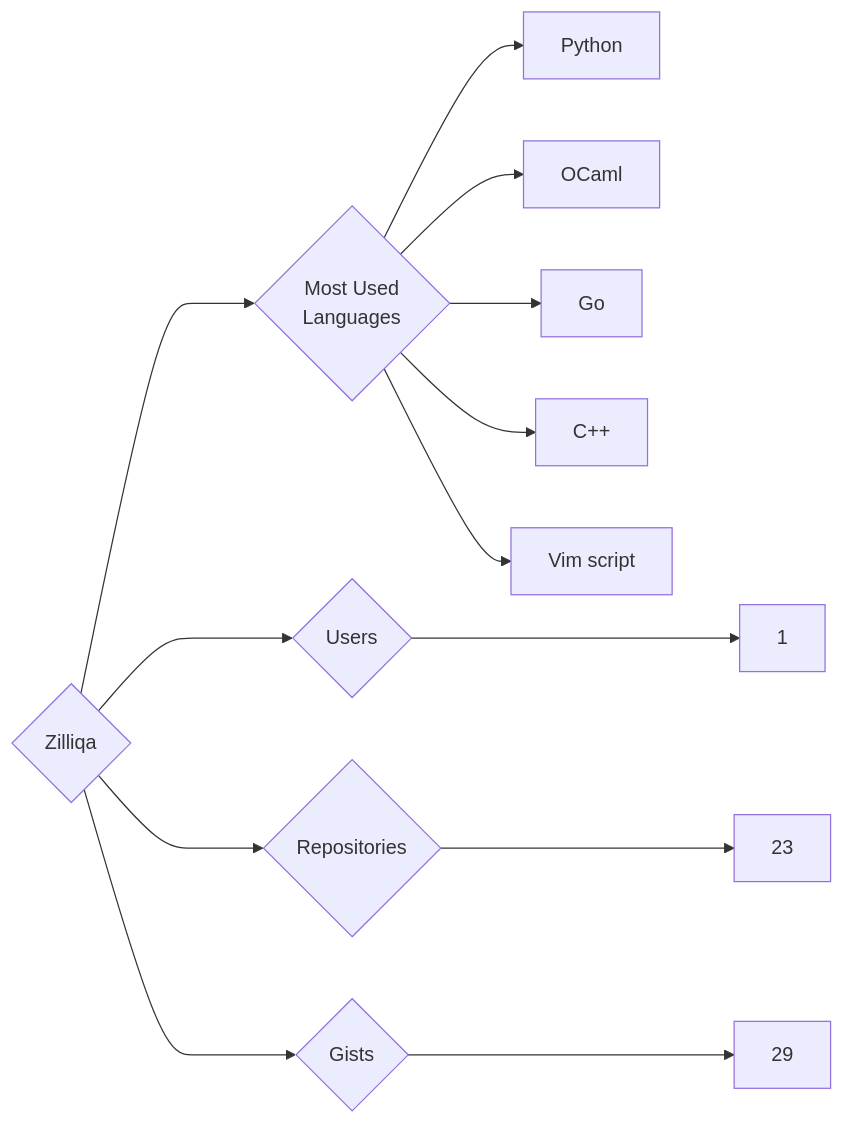
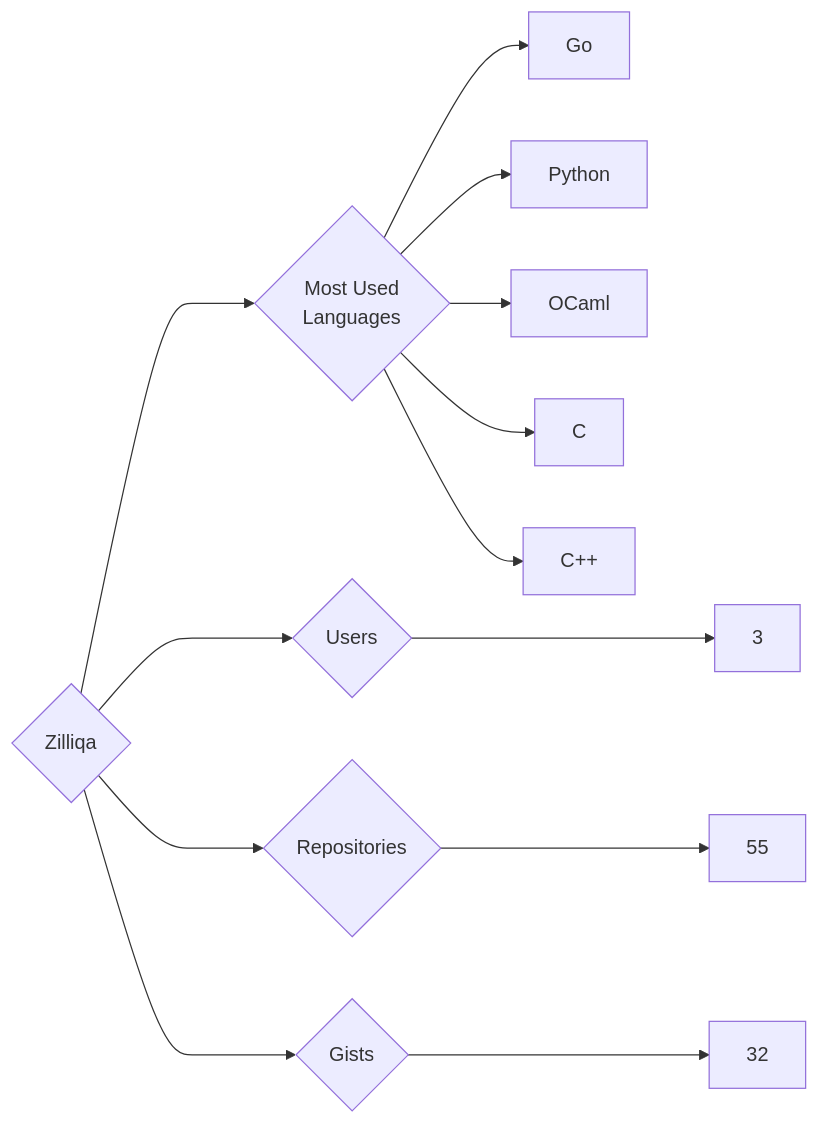
The diagram in targets/Zilliqa/README.md (trickest/insiders), drawn with Mermaid before and after one commit. The commit also changed 799 other files, not shown here.

````diff
--- a/targets/Zilliqa/README.md
+++ b/targets/Zilliqa/README.md
@@ -3,13 +3,13 @@
 ```mermaid
 graph LR
 COMPANY_NAME{Zilliqa}
-COMPANY_NAME ---> U{Users} ---> UN[1]
-COMPANY_NAME ---> R{Repositories} ---> RN[23]
-COMPANY_NAME ---> G{Gists} ---> GN[29]
+COMPANY_NAME ---> U{Users} ---> UN[3]
+COMPANY_NAME ---> R{Repositories} ---> RN[55]
+COMPANY_NAME ---> G{Gists} ---> GN[32]
 COMPANY_NAME ---> ML{Most Used<br>Languages}
+ML --> Go[Go]
 ML --> Python[Python]
 ML --> OCaml[OCaml]
-ML --> Go[Go]
+ML --> C[C]
 ML --> C++[C++]
-ML --> Vim_script[Vim script]
 ```
````
